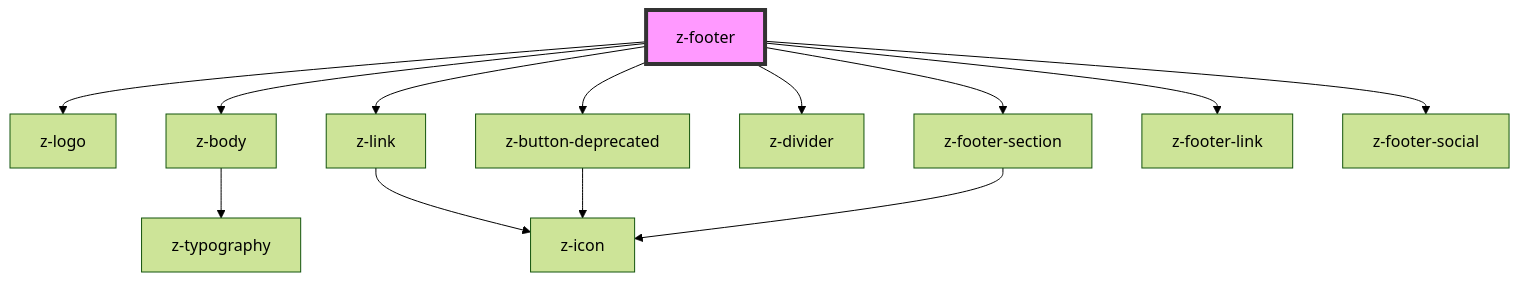
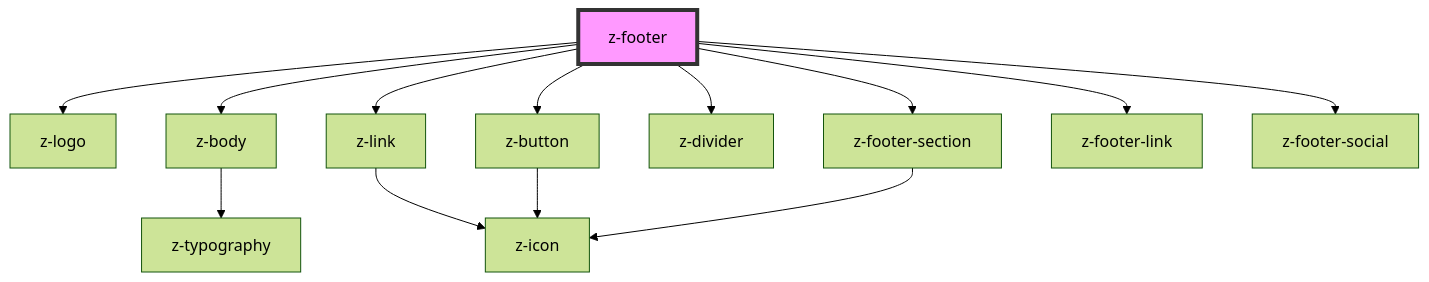
Before and after one commit to ZanichelliEditore/design-system: the diagram in src/components/footer/z-footer/readme.md, drawn with Mermaid (forest theme). The commit also changed other lines of this file and 12 other files, not shown here.

Commit message:
chore: replace z-button on z-modal-login and z-footer

````diff
--- a/src/components/footer/z-footer/readme.md
+++ b/src/components/footer/z-footer/readme.md
@@ -51,16 +51,16 @@
 ```mermaid
 graph TD;
   z-footer --> z-logo
   z-footer --> z-body
   z-footer --> z-link
-  z-footer --> z-button-deprecated
+  z-footer --> z-button
   z-footer --> z-divider
   z-footer --> z-footer-section
   z-footer --> z-footer-link
   z-footer --> z-footer-social
   z-body --> z-typography
   z-link --> z-icon
-  z-button-deprecated --> z-icon
+  z-button --> z-icon
   z-footer-section --> z-icon
   style z-footer fill:#f9f,stroke:#333,stroke-width:4px
 ```
````
